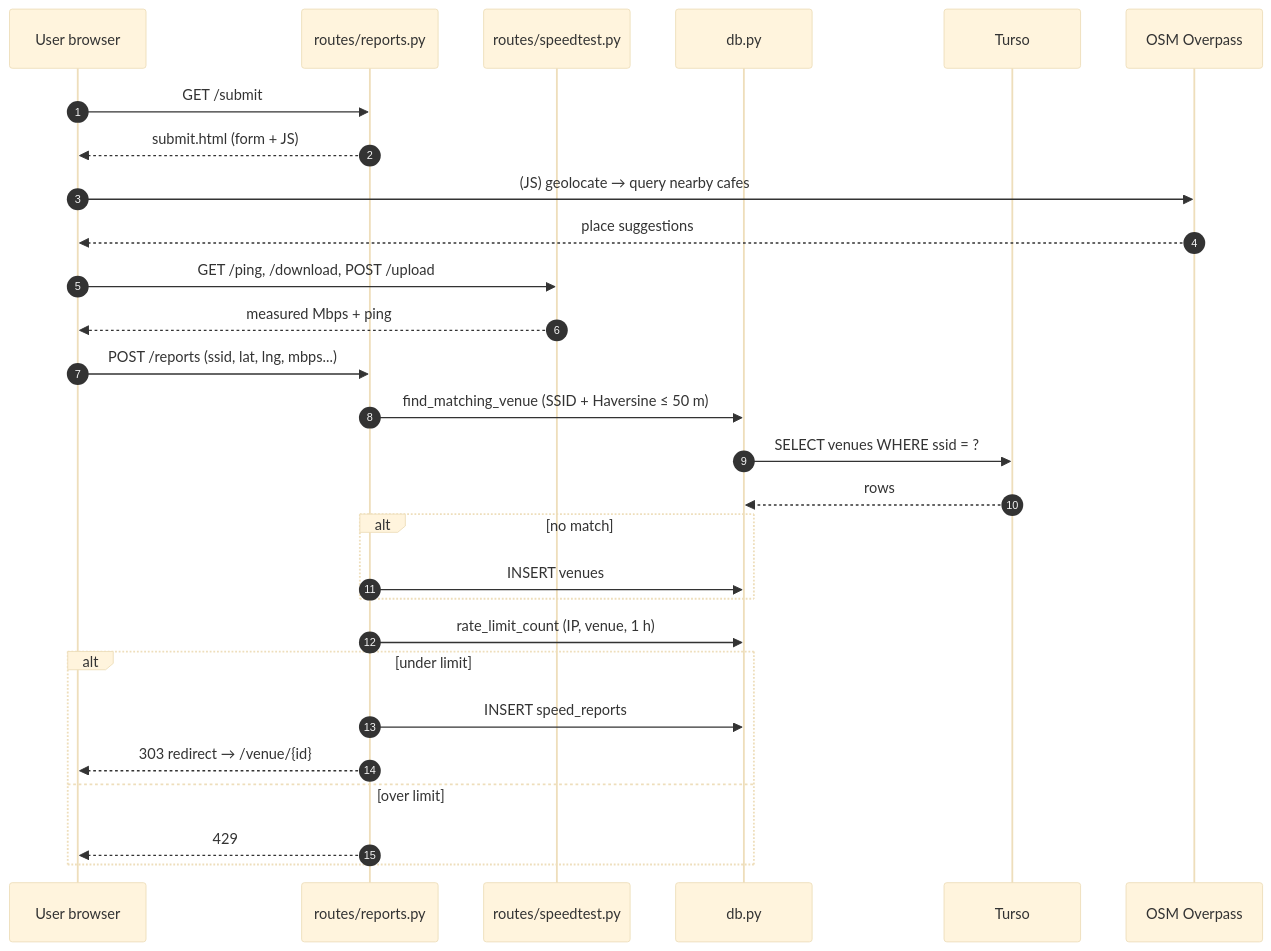
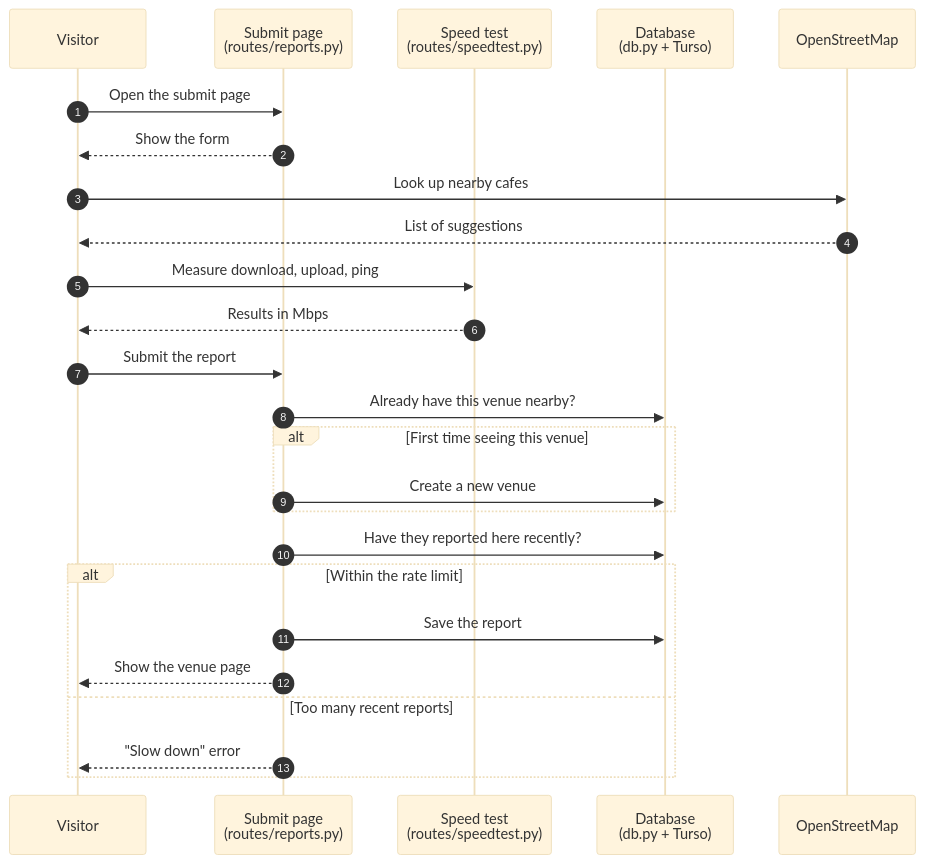
Before and after one commit to biplabendu/wifibuddy: the second of 3 diagrams in README.md, drawn with Mermaid (base theme). The commit also changed other lines of this file, not shown here.

````diff
--- a/README.md
+++ b/README.md
@@ -86,31 +86,28 @@
 ```mermaid
 sequenceDiagram
     autonumber
-    participant U as User browser
-    participant R as routes/reports.py
-    participant S as routes/speedtest.py
-    participant D as db.py
-    participant T as Turso
-    participant O as OSM Overpass
+    participant U as Visitor
+    participant Sub as Submit page<br/>(routes/reports.py)
+    participant Sp as Speed test<br/>(routes/speedtest.py)
+    participant DB as Database<br/>(db.py + Turso)
+    participant OSM as OpenStreetMap
 
-    U->>R: GET /submit
-    R-->>U: submit.html (form + JS)
-    U->>O: (JS) geolocate → query nearby cafes
-    O-->>U: place suggestions
-    U->>S: GET /ping, /download, POST /upload
-    S-->>U: measured Mbps + ping
-    U->>R: POST /reports (ssid, lat, lng, mbps...)
-    R->>D: find_matching_venue (SSID + Haversine ≤ 50 m)
-    D->>T: SELECT venues WHERE ssid = ?
-    T-->>D: rows
-    alt no match
-        R->>D: INSERT venues
+    U->>Sub: Open the submit page
+    Sub-->>U: Show the form
+    U->>OSM: Look up nearby cafes
+    OSM-->>U: List of suggestions
+    U->>Sp: Measure download, upload, ping
+    Sp-->>U: Results in Mbps
+    U->>Sub: Submit the report
+    Sub->>DB: Already have this venue nearby?
+    alt First time seeing this venue
+        Sub->>DB: Create a new venue
     end
-    R->>D: rate_limit_count (IP, venue, 1 h)
-    alt under limit
-        R->>D: INSERT speed_reports
-        R-->>U: 303 redirect → /venue/{id}
-    else over limit
-        R-->>U: 429
+    Sub->>DB: Have they reported here recently?
+    alt Within the rate limit
+        Sub->>DB: Save the report
+        Sub-->>U: Show the venue page
+    else Too many recent reports
+        Sub-->>U: "Slow down" error
     end
 ```
````
